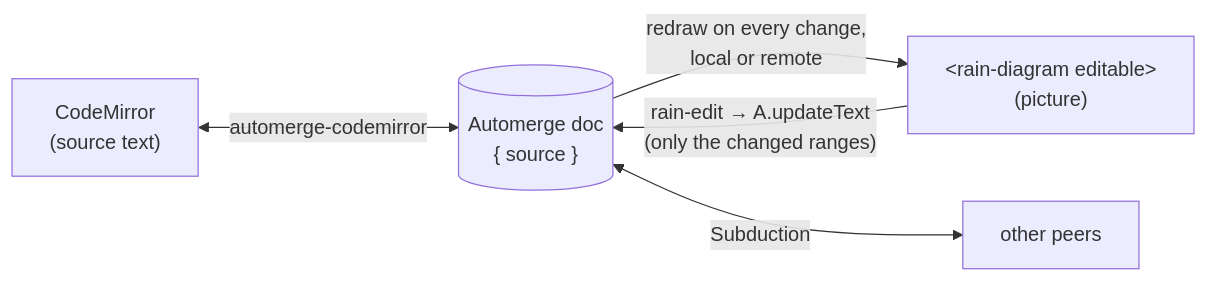
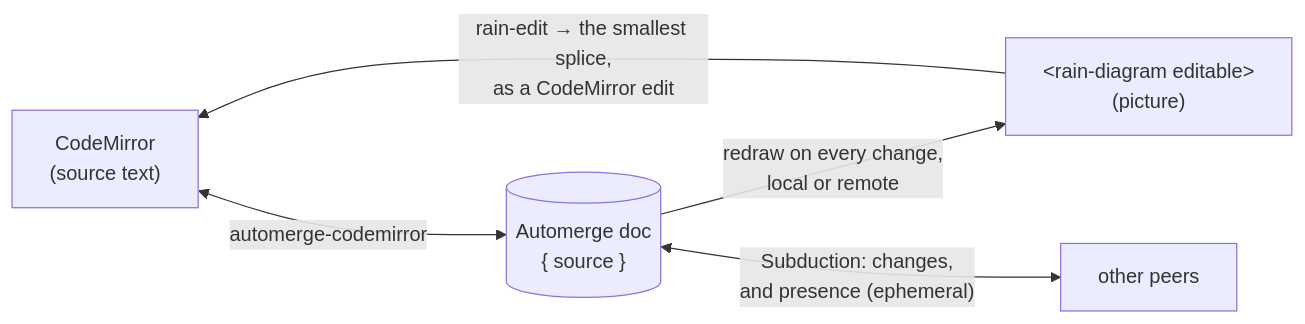
One commit to inkandswitch/downpour changed the diagram in javascript/editor/README.md. Above: the diagram before and after it, drawn with Mermaid. The commit also changed other lines of this file and 32 other files, not shown here.

````diff
--- a/javascript/editor/README.md
+++ b/javascript/editor/README.md
@@ -18,12 +31,12 @@
 ```mermaid
 flowchart LR
     cm["CodeMirror<br/>(source text)"]
     picture["&lt;rain-diagram editable&gt;<br/>(picture)"]
     doc[("Automerge doc<br/>{ source }")]
     peers["other peers"]
 
+    picture -->|"rain-edit → the smallest splice,<br/>as a CodeMirror edit"| cm
     cm <-->|automerge-codemirror| doc
-    picture -->|"rain-edit → A.updateText<br/>(only the changed ranges)"| doc
     doc -->|"redraw on every change,<br/>local or remote"| picture
-    doc <-->|Subduction| peers
+    doc <-->|"Subduction: changes,<br/>and presence (ephemeral)"| peers
 ```
````
